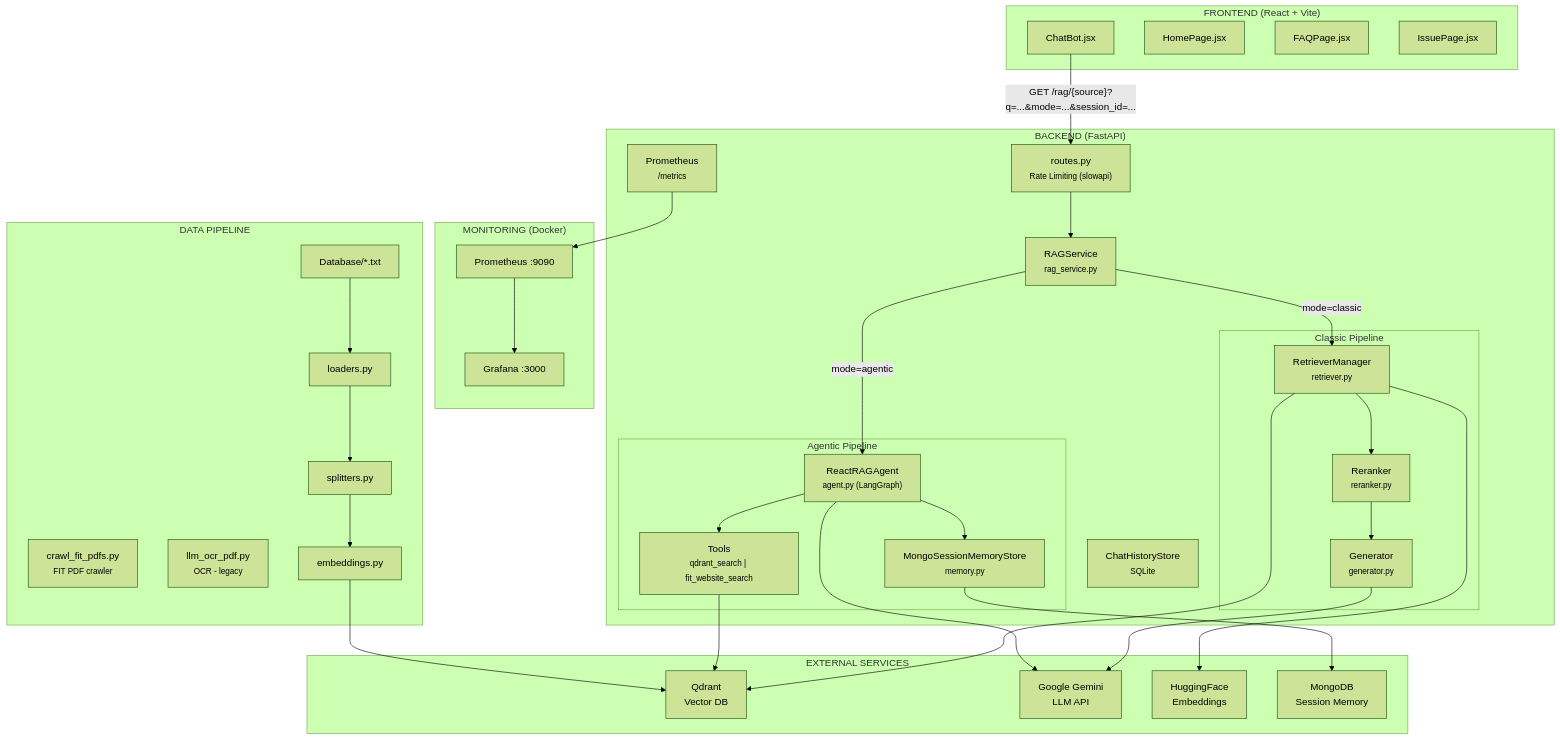
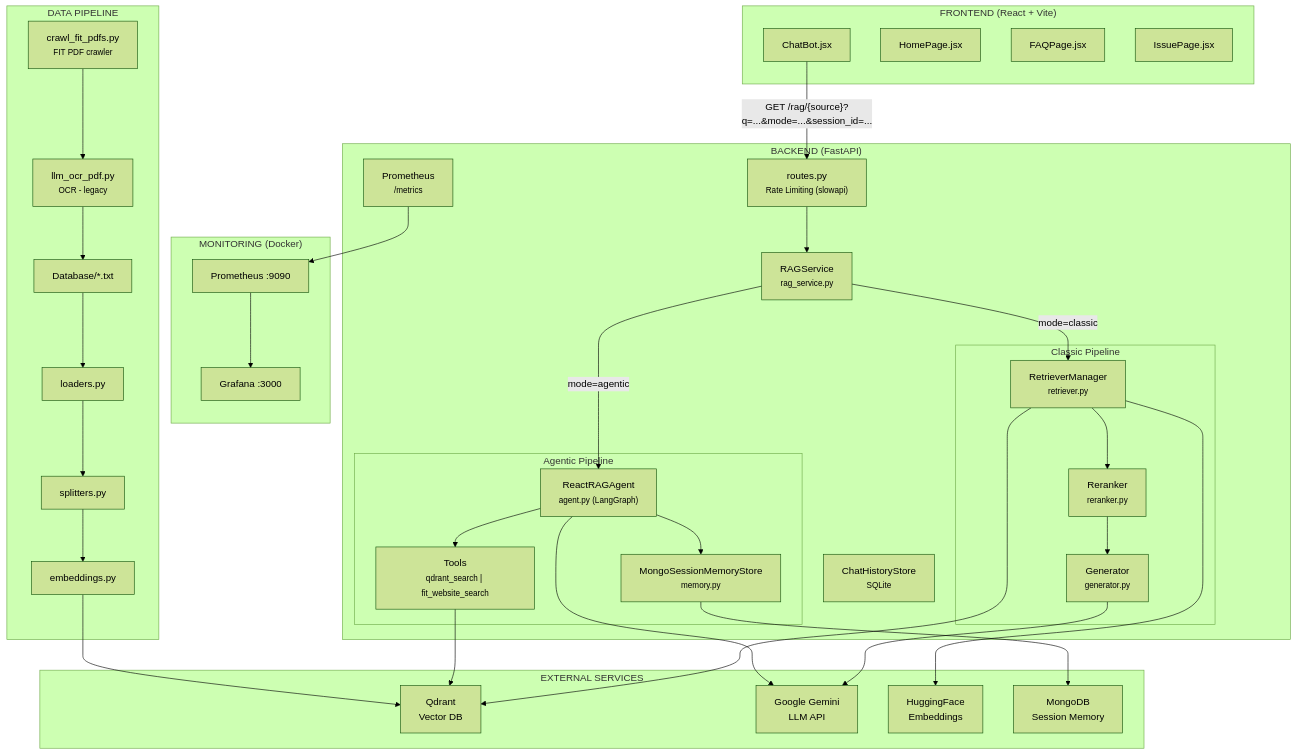
One commit to anhnguyenvv/RAG_Chatbot changed the diagram in readme.md. Above: the diagram before and after it, drawn with Mermaid (forest theme).

Commit message:
Update processing flow in readme

````diff
--- a/readme.md
+++ b/readme.md
@@ -14,70 +14,70 @@
 ```mermaid
 graph TB
     subgraph Frontend["FRONTEND (React + Vite)"]
         ChatBot["ChatBot.jsx"]
         HomePage["HomePage.jsx"]
         FAQPage["FAQPage.jsx"]
         IssuePage["IssuePage.jsx"]
     end
 
     ChatBot -->|"GET /rag/{source}?q=...&mode=...&session_id=..."| API
 
     subgraph Backend["BACKEND (FastAPI)"]
         API["routes.py<br/><small>Rate Limiting (slowapi)</small>"]
         RAGSvc["RAGService<br/><small>rag_service.py</small>"]
         API --> RAGSvc
 
         subgraph ClassicPipe["Classic Pipeline"]
             Retriever["RetrieverManager<br/><small>retriever.py</small>"]
             Reranker["Reranker<br/><small>reranker.py</small>"]
             Generator["Generator<br/><small>generator.py</small>"]
             Retriever --> Reranker --> Generator
         end
 
         subgraph AgenticPipe["Agentic Pipeline"]
             Agent["ReactRAGAgent<br/><small>agent.py (LangGraph)</small>"]
             Tools["Tools<br/><small>qdrant_search | fit_website_search</small>"]
             Memory["MongoSessionMemoryStore<br/><small>memory.py</small>"]
             Agent --> Tools
             Agent --> Memory
         end
 
         RAGSvc -->|"mode=classic"| Retriever
         RAGSvc -->|"mode=agentic"| Agent
 
         History["ChatHistoryStore<br/><small>SQLite</small>"]
         Metrics["Prometheus<br/><small>/metrics</small>"]
     end
 
     subgraph External["EXTERNAL SERVICES"]
         Qdrant["Qdrant<br/>Vector DB"]
         Gemini["Google Gemini<br/>LLM API"]
         HF["HuggingFace<br/>Embeddings"]
         MongoDB["MongoDB<br/>Session Memory"]
     end
 
     Retriever --> Qdrant
     Tools --> Qdrant
     Generator --> Gemini
     Agent --> Gemini
     Retriever --> HF
     Memory --> MongoDB
 
     subgraph Monitoring["MONITORING (Docker)"]
         Prom["Prometheus :9090"]
         Graf["Grafana :3000"]
         Prom --> Graf
     end
 
     Metrics --> Prom
 
     subgraph Pipeline["DATA PIPELINE"]
         cralw["crawl_fit_pdfs.py<br/><small>FIT PDF crawler</small>"]
         ocr["llm_ocr_pdf.py<br/><small>OCR - legacy</small>"]
         TXT["Database/*.txt"]
         Loader["loaders.py"]
         Splitter["splitters.py"]
         Embed["embeddings.py"]
-        TXT --> Loader --> Splitter --> Embed --> Qdrant
+        cralw-->ocr-->TXT --> Loader --> Splitter --> Embed --> Qdrant
     end
 ```
````
